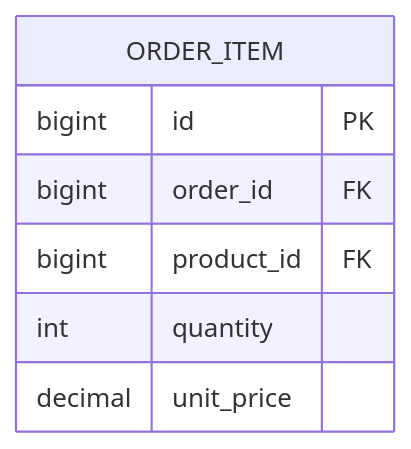
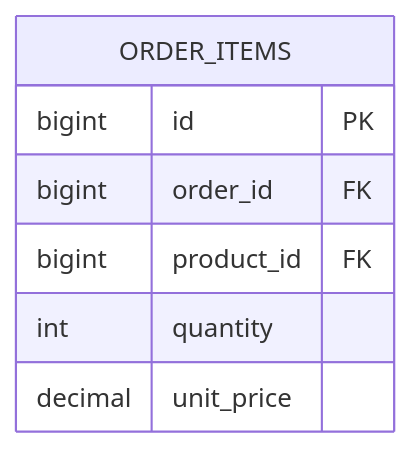
One commit to upleat-ax/u-maker-plugin changed the second of 6 diagrams in skills/u-design/references/erd-spec.md. Above: the diagram before and after it, drawn with Mermaid. The commit also changed other lines of this file, not shown here.

First line of the commit message:
feat: upgrade ERD naming conventions to advanced standard

````diff
--- a/skills/u-design/references/erd-spec.md
+++ b/skills/u-design/references/erd-spec.md
@@ -96,11 +96,11 @@
 ```mermaid
 erDiagram
-    ORDER_ITEM {
+    ORDER_ITEMS {
         bigint id PK
         bigint order_id FK
         bigint product_id FK
         int quantity
         decimal unit_price
     }
     %% order_id + product_id also forms a unique composite key
 ```
````
